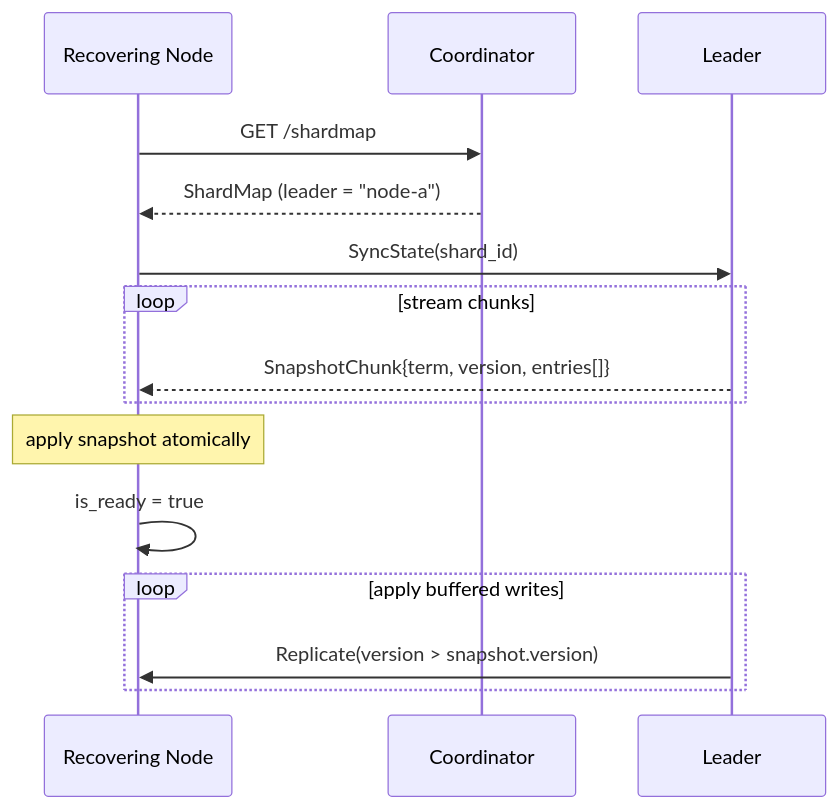
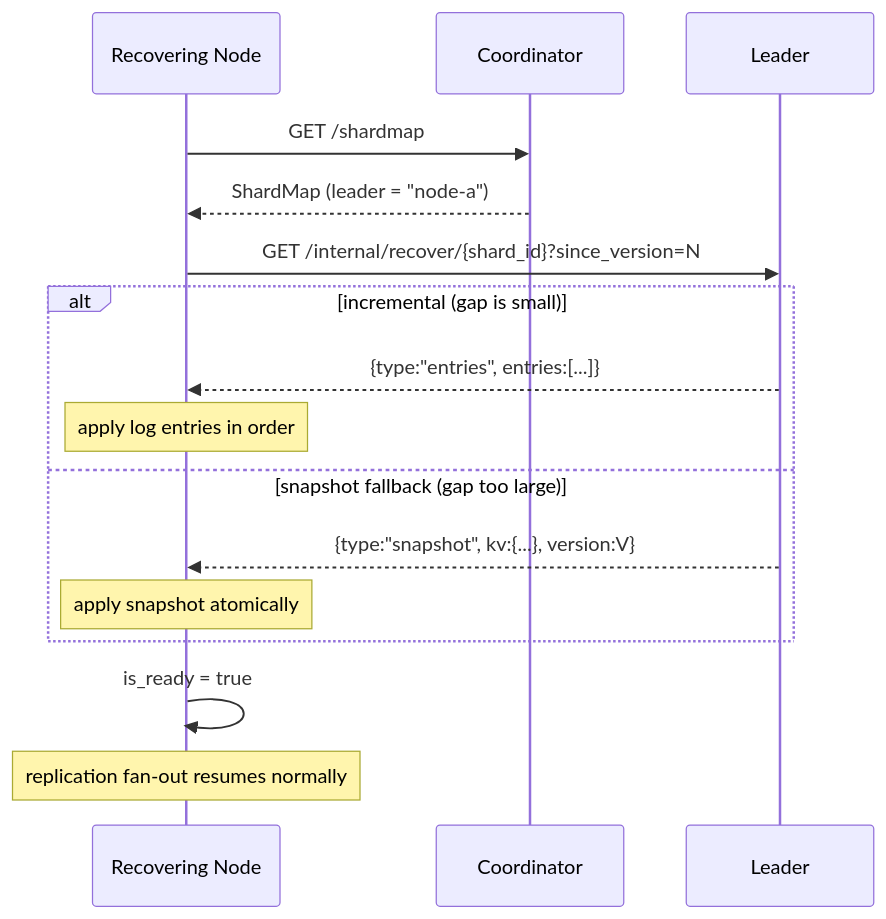
Before and after one commit to davecarr1024/doki: the eighth of 16 diagrams in docs/architecture.md, drawn with Mermaid. The commit also changed other lines of this file and 5 other files, not shown here.

````diff
--- a/docs/architecture.md
+++ b/docs/architecture.md
@@ -159,19 +188,20 @@
 ```mermaid
 sequenceDiagram
     participant R as Recovering Node
     participant CO as Coordinator
     participant L as Leader
 
     R->>CO: GET /shardmap
     CO-->>R: ShardMap (leader = "node-a")
 
-    R->>L: SyncState(shard_id)
-    loop stream chunks
-        L-->>R: SnapshotChunk{term, version, entries[]}
+    R->>L: GET /internal/recover/{shard_id}?since_version=N
+    alt incremental (gap is small)
+        L-->>R: {type:"entries", entries:[...]}
+        note over R: apply log entries in order
+    else snapshot fallback (gap too large)
+        L-->>R: {type:"snapshot", kv:{...}, version:V}
+        note over R: apply snapshot atomically
     end
-    note over R: apply snapshot atomically
     R->>R: is_ready = true
-    loop apply buffered writes
-        L->>R: Replicate(version > snapshot.version)
-    end
+    note over R: replication fan-out resumes normally
 ```
````
